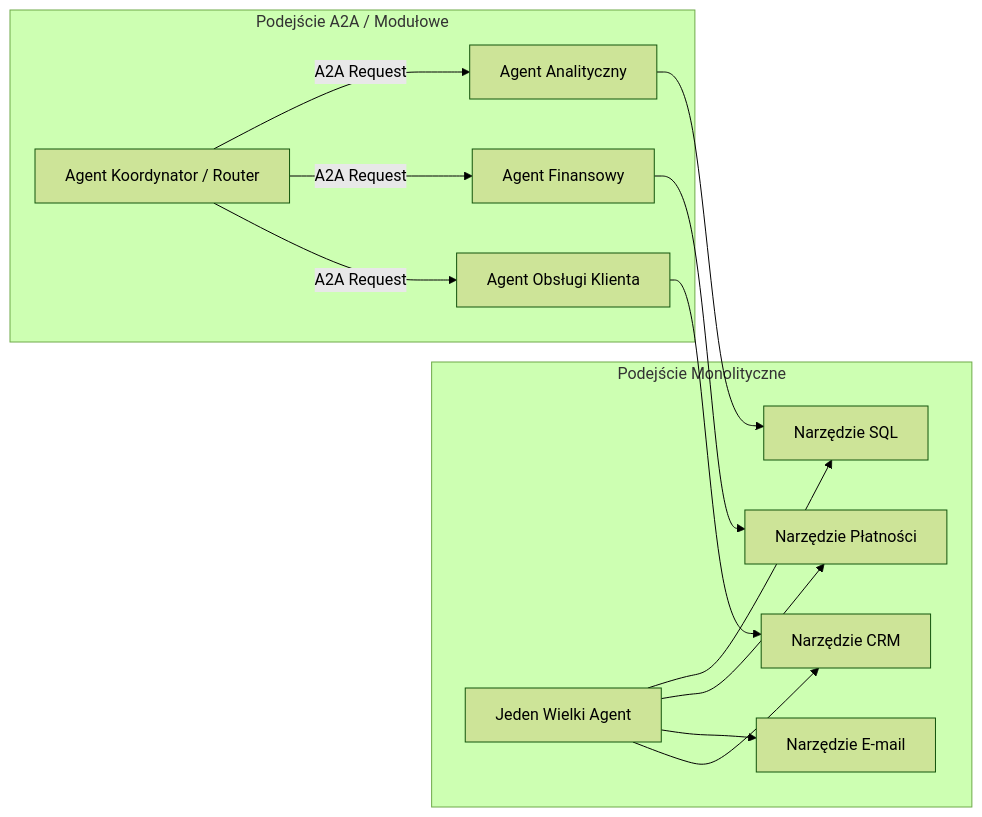
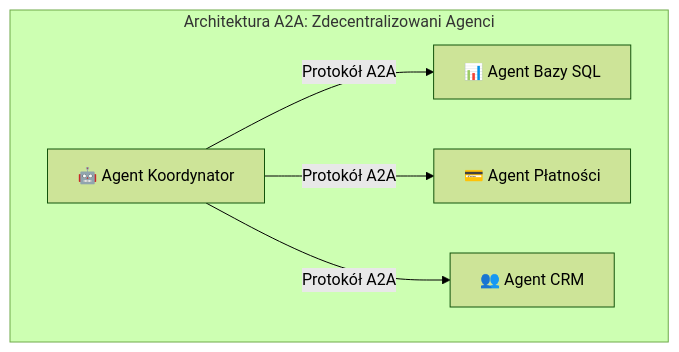
Before and after one commit to majsterkovic/a2ui: the diagram in docs/public/gcp-course/01-a2a-protocol.md, drawn with Mermaid (forest theme). The commit also changed 9 other files, not shown here.

Commit message:
docs: uproszczenie i poprawa czytelnosci diagramow w calym kursie

````diff
--- a/docs/public/gcp-course/01-a2a-protocol.md
+++ b/docs/public/gcp-course/01-a2a-protocol.md
@@ -16,18 +16,13 @@
 ```mermaid
-flowchart LR
-    subgraph Monolith [Podejście Monolityczne]
-        M1[Jeden Wielki Agent] --> T1[Narzędzie SQL]
-        M1 --> T2[Narzędzie Płatności]
-        M1 --> T3[Narzędzie E-mail]
-        M1 --> T4[Narzędzie CRM]
-    end
-
-    subgraph MultiAgent [Podejście A2A / Modułowe]
-        Orch[Agent Koordynator / Router] -->|A2A Request| AgSQL[Agent Analityczny]
-        Orch -->|A2A Request| AgPay[Agent Finansowy]
-        Orch -->|A2A Request| AgCRM[Agent Obsługi Klienta]
-        AgSQL --> T1
-        AgPay --> T2
-        AgCRM --> T4
+flowchart TD
+    subgraph MultiAgent [Architektura A2A: Zdecentralizowani Agenci]
+        Orch["🤖 Agent Koordynator"]
+        AgSQL["📊 Agent Bazy SQL"]
+        AgPay["💳 Agent Płatności"]
+        AgCRM["👥 Agent CRM"]
+        
+        Orch -->|"Protokół A2A"| AgSQL
+        Orch -->|"Protokół A2A"| AgPay
+        Orch -->|"Protokół A2A"| AgCRM
     end
 ```
````
